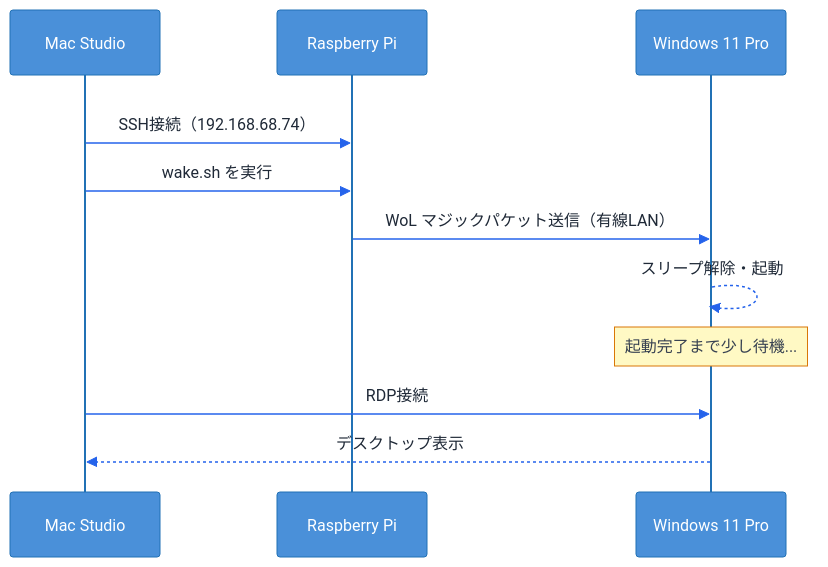
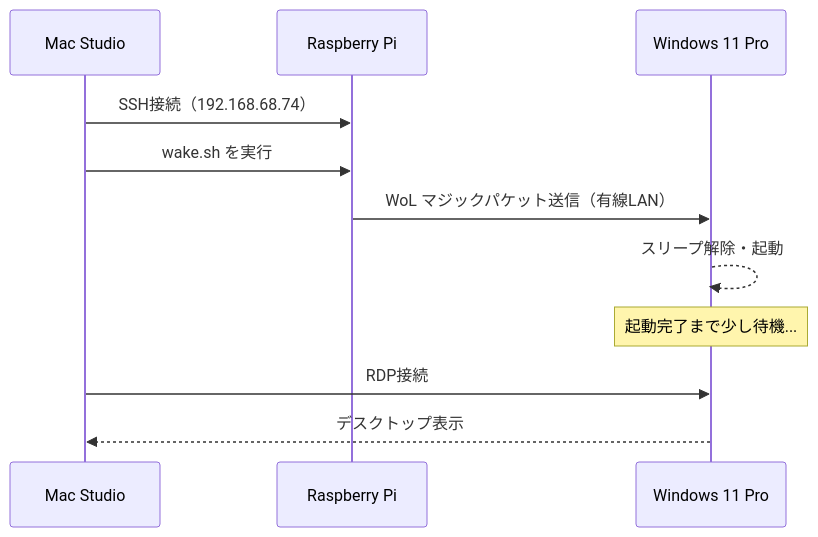
The second of 4 diagrams in public/tailscale-wol-rdp.md (0ceanMoo/qiita), drawn with Mermaid before and after one commit. The commit also changed other lines of this file, not shown here.

Commit message:
fix mermaid sequence diagram readability

````diff
--- a/public/tailscale-wol-rdp.md
+++ b/public/tailscale-wol-rdp.md
@@ -76,16 +76,14 @@
 ```mermaid
-%%{init: {'theme': 'base', 'themeCSS': 'svg { background: #ffffff !important; } .messageText, .loopText, .noteText, .labelText { fill: #1f2937 !important; color: #1f2937 !important; }', 'themeVariables': {'background': '#ffffff', 'mainBkg': '#ffffff', 'primaryTextColor': '#1f2937', 'textColor': '#1f2937', 'actorBkg': '#4A90D9', 'actorTextColor': '#ffffff', 'actorBorder': '#2171B5', 'activationBkgColor': '#DBEAFE', 'activationBorderColor': '#2171B5', 'sequenceNumberColor': '#1f2937', 'lineColor': '#2563EB', 'signalColor': '#2563EB', 'signalTextColor': '#1f2937', 'labelBoxBkgColor': '#ffffff', 'labelBoxBorderColor': '#CBD5E1', 'labelTextColor': '#1f2937', 'loopTextColor': '#1f2937', 'noteBkgColor': '#FFF9C4', 'noteTextColor': '#374151', 'noteBorderColor': '#D97706'}}}%%
+%%{init: {'theme': 'base', 'themeCSS': '.mermaid, .mermaid svg, svg, svg[role="graphics-document"] { background: #ffffff !important; } .messageText, .loopText, .noteText, .labelText, .actor > text { fill: #1f2937 !important; color: #1f2937 !important; }', 'themeVariables': {'background': '#ffffff', 'mainBkg': '#ffffff', 'primaryTextColor': '#1f2937', 'textColor': '#1f2937', 'actorBkg': '#4A90D9', 'actorTextColor': '#ffffff', 'actorBorder': '#2171B5', 'activationBkgColor': '#DBEAFE', 'activationBorderColor': '#2171B5', 'sequenceNumberColor': '#1f2937', 'lineColor': '#2563EB', 'signalColor': '#2563EB', 'signalTextColor': '#1f2937', 'labelBoxBkgColor': '#ffffff', 'labelBoxBorderColor': '#CBD5E1', 'labelTextColor': '#1f2937', 'loopTextColor': '#1f2937', 'noteBkgColor': '#FFF9C4', 'noteTextColor': '#374151', 'noteBorderColor': '#D97706'}}}%%
 sequenceDiagram
     participant Mac as Mac Studio
     participant Pi as Raspberry Pi
     participant Win as Windows 11 Pro
-    rect rgb(255, 255, 255)
-        Mac->>Pi: SSH接続（192.168.68.74）
-        Mac->>Pi: wake.sh を実行
-        Pi->>Win: WoL マジックパケット送信（有線LAN）
-        Win-->>Win: スリープ解除・起動
-        Note over Win: 起動完了まで少し待機...
-        Mac->>Win: RDP接続
-        Win-->>Mac: デスクトップ表示
-    end
+    Mac->>Pi: SSH接続（192.168.68.74）
+    Mac->>Pi: wake.sh を実行
+    Pi->>Win: WoL マジックパケット送信（有線LAN）
+    Win-->>Win: スリープ解除・起動
+    Note over Win: 起動完了まで少し待機...
+    Mac->>Win: RDP接続
+    Win-->>Mac: デスクトップ表示
 ```
````
